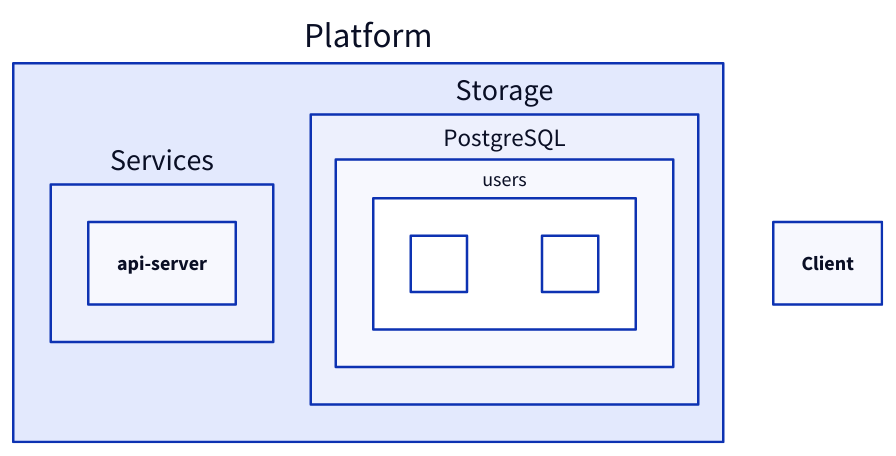
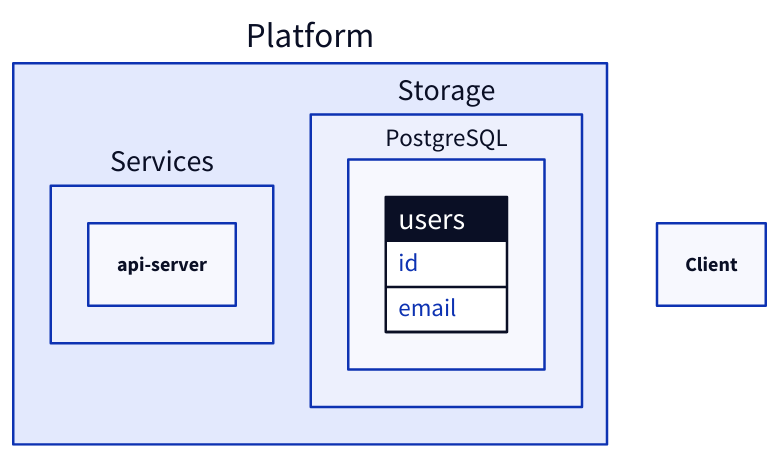
One commit to socksy/a2 changed the diagram in examples/base.d2. Above: the diagram before and after it, drawn with D2. The commit also changed 5 other files, not shown here.

Commit message:
docs: improve example diagram

```diff
--- a/examples/base.d2
+++ b/examples/base.d2
@@ -1,19 +1,19 @@
 Platform: {
   Services: {
     API: {
       label: api-server
     }
   }
   Storage: {
     DB: {
       label: PostgreSQL
       users: {
-        class: table
+        shape: sql_table
         id: " "
         email: " "
       }
     }
   }
 }
 
 Client
```
